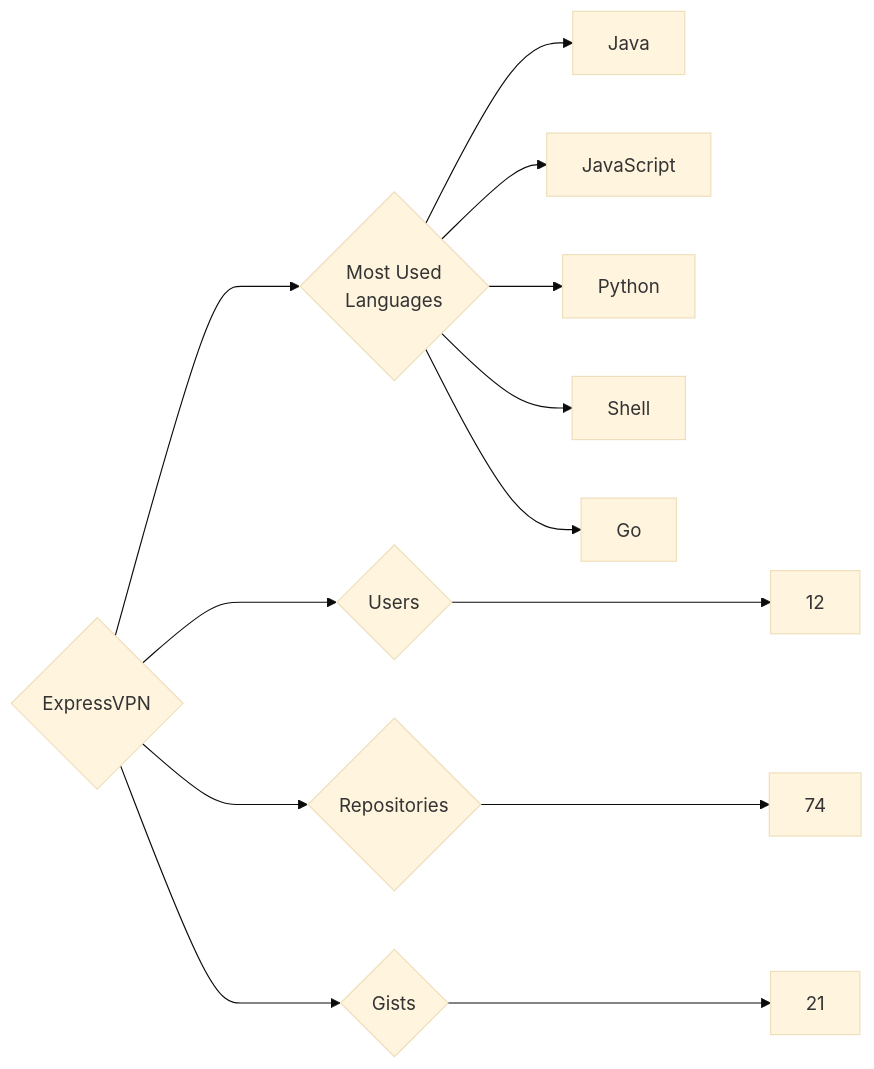
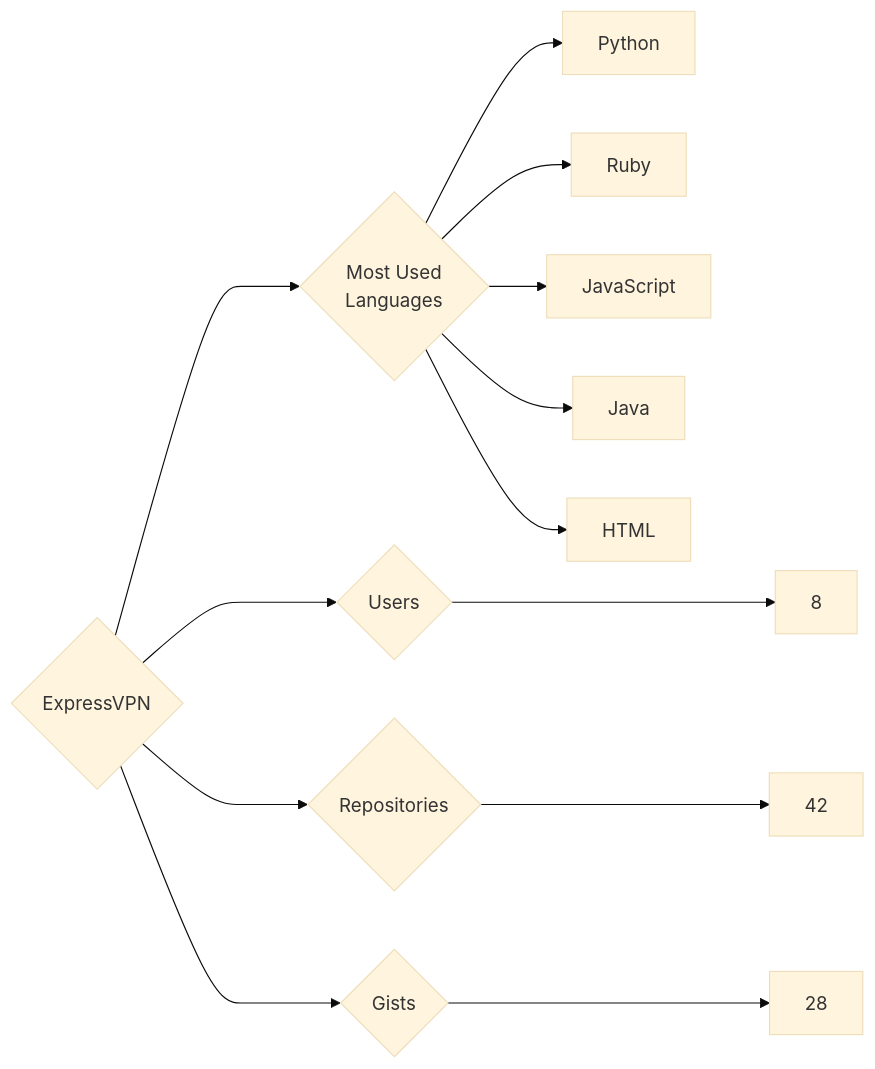
Before and after one commit to trickest/insiders: the diagram in targets/ExpressVPN/README.md, drawn with Mermaid (base theme). The commit also changed 914 other files, not shown here.

````diff
--- a/targets/ExpressVPN/README.md
+++ b/targets/ExpressVPN/README.md
@@ -3,13 +3,13 @@
 ```mermaid
 graph LR
 COMPANY_NAME{ExpressVPN}
-COMPANY_NAME ---> U{Users} ---> UN[12]
-COMPANY_NAME ---> R{Repositories} ---> RN[74]
-COMPANY_NAME ---> G{Gists} ---> GN[21]
+COMPANY_NAME ---> U{Users} ---> UN[8]
+COMPANY_NAME ---> R{Repositories} ---> RN[42]
+COMPANY_NAME ---> G{Gists} ---> GN[28]
 COMPANY_NAME ---> ML{Most Used<br>Languages}
+ML --> Python[Python]
+ML --> Ruby[Ruby]
+ML --> JavaScript[JavaScript]
 ML --> Java[Java]
-ML --> JavaScript[JavaScript]
-ML --> Python[Python]
-ML --> Shell[Shell]
-ML --> Go[Go]
+ML --> HTML[HTML]
 ```
````
